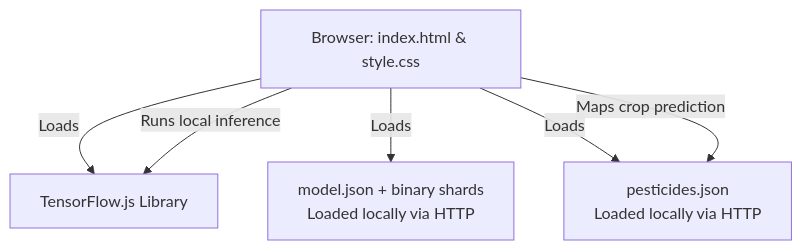
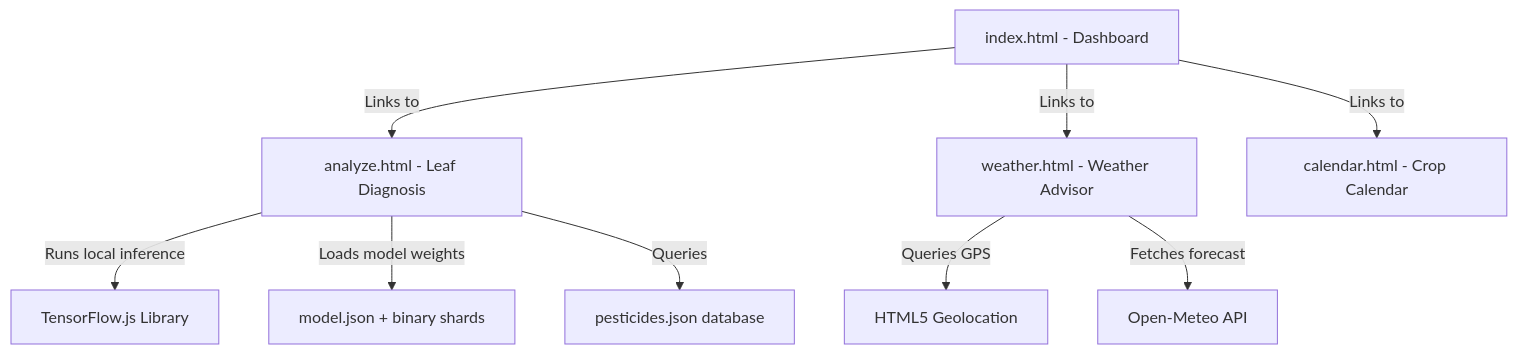
The diagram in context.md (HET-CacheHit/cropbuddy), drawn with Mermaid before and after one commit. The commit also changed other lines of this file, not shown here.

Commit message:
Update context.md documentation to reflect multi-page routing architecture

````diff
--- a/context.md
+++ b/context.md
@@ -16,13 +16,13 @@
 ```mermaid
 graph TD
-    Client[Browser: index.html & style.css]
-    TFJS[TensorFlow.js Library]
-    Model[model.json + binary shards <br> Loaded locally via HTTP]
-    DB[pesticides.json <br> Loaded locally via HTTP]
+    index[index.html - Dashboard] -->|Links to| analyze[analyze.html - Leaf Diagnosis]
+    index -->|Links to| weather[weather.html - Weather Advisor]
+    index -->|Links to| calendar[calendar.html - Crop Calendar]
 
-    Client -->|Loads| TFJS
-    Client -->|Loads| Model
-    Client -->|Loads| DB
-    Client -->|Runs local inference| TFJS
-    Client -->|Maps crop prediction| DB
+    analyze -->|Runs local inference| TFJS[TensorFlow.js Library]
+    analyze -->|Loads model weights| Model[model.json + binary shards]
+    analyze -->|Queries| DB[pesticides.json database]
+    
+    weather -->|Queries GPS| Geo[HTML5 Geolocation]
+    weather -->|Fetches forecast| Meteo[Open-Meteo API]
 ```
````
